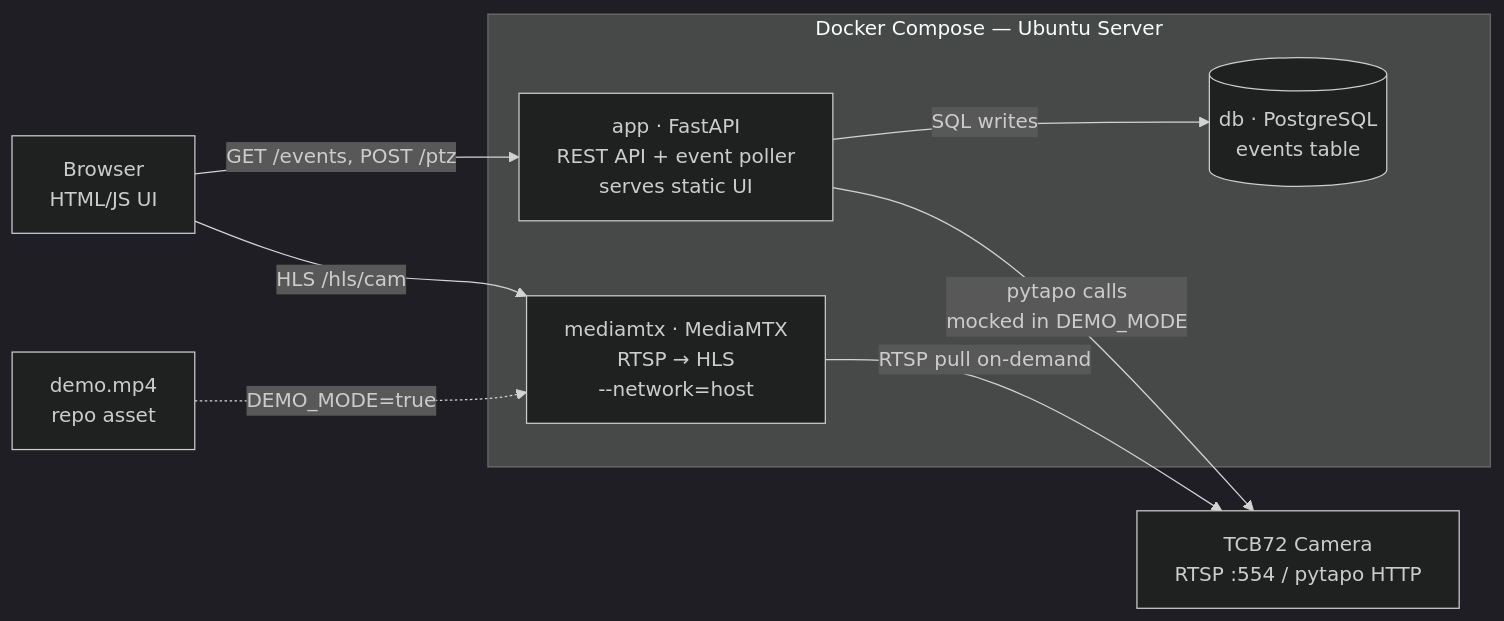
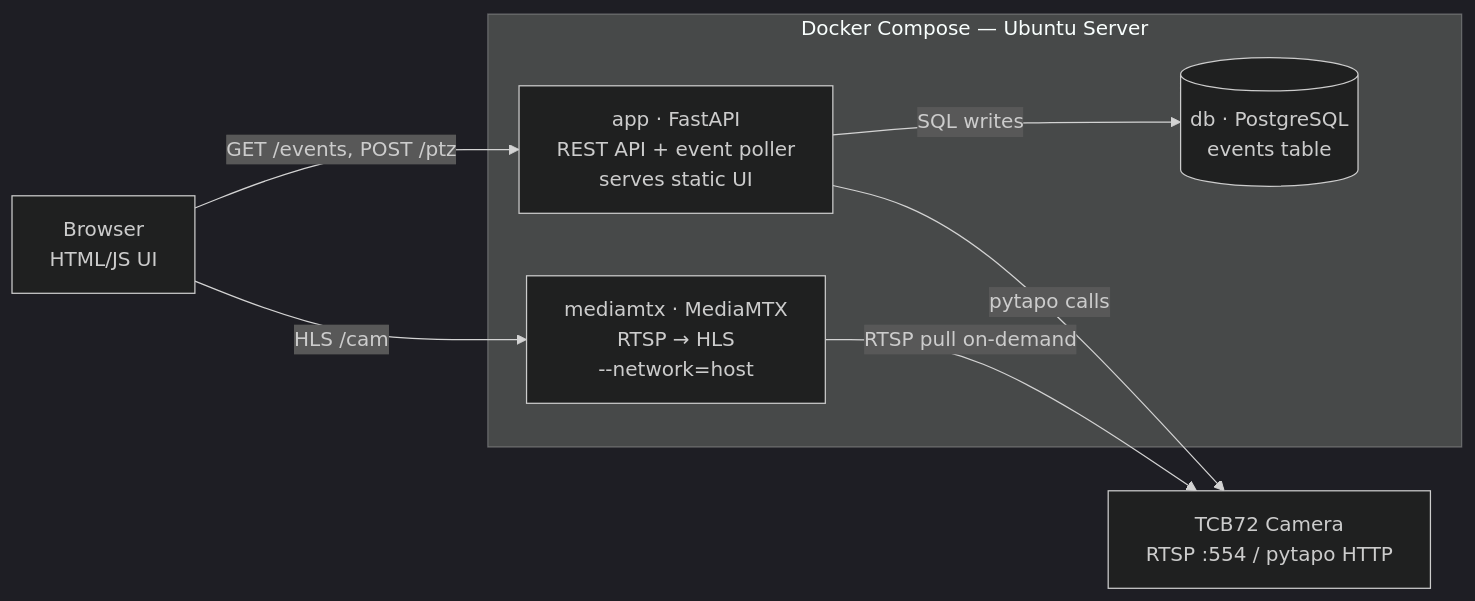
One commit to Dekole/home-telemetry-analytics changed the diagram in CLAUDE.md. Above: the diagram before and after it, drawn with Mermaid (dark theme). The commit also changed other lines of this file and 15 other files, not shown here.

````diff
--- a/CLAUDE.md
+++ b/CLAUDE.md
@@ -78,20 +76,18 @@
 ```mermaid
 graph LR
     Browser["Browser\nHTML/JS UI"]
 
     subgraph compose["Docker Compose — Ubuntu Server"]
         App["app · FastAPI\nREST API + event poller\nserves static UI"]
         DB[("db · PostgreSQL\nevents table")]
         MTX["mediamtx · MediaMTX\nRTSP → HLS\n--network=host"]
     end
 
     Camera["TCB72 Camera\nRTSP :554 / pytapo HTTP"]
-    DemoFile["demo.mp4\nrepo asset"]
 
     Browser -->|"GET /events, POST /ptz"| App
-    Browser -->|"HLS /hls/cam"| MTX
+    Browser -->|"HLS /cam"| MTX
     App -->|"SQL writes"| DB
-    App -->|"pytapo calls\nmocked in DEMO_MODE"| Camera
+    App -->|"pytapo calls"| Camera
     MTX -->|"RTSP pull on-demand"| Camera
-    DemoFile -.->|"DEMO_MODE=true"| MTX
 ```
````
